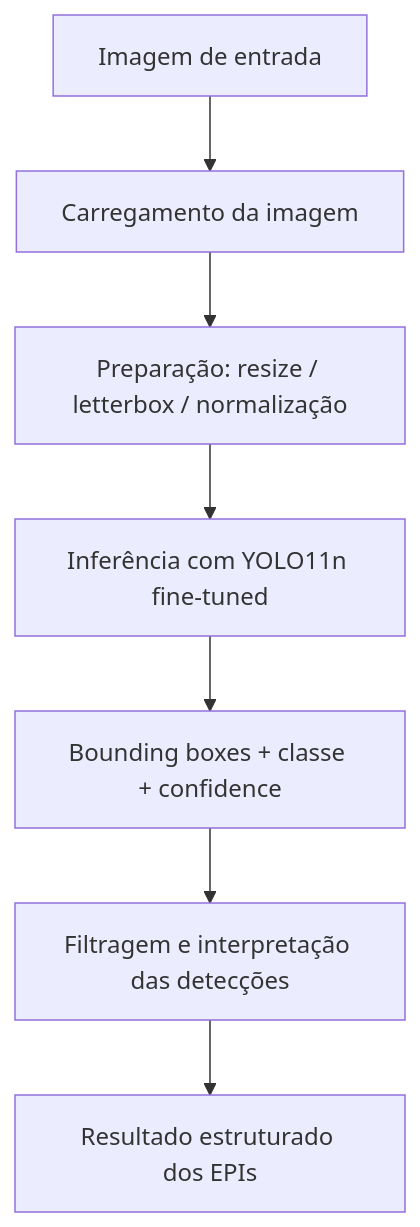
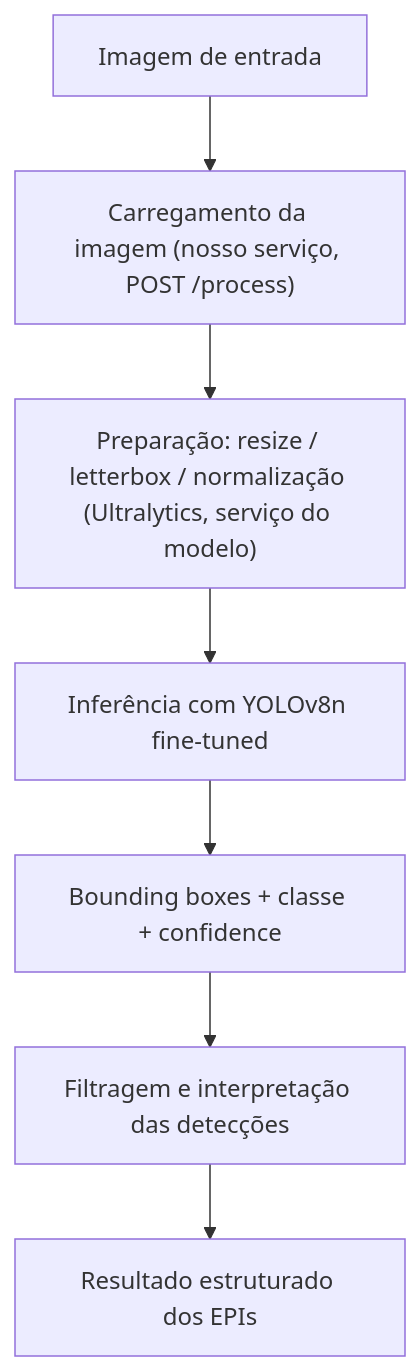
The first of 2 diagrams in README.md (Projeto-Semestre-6/epi-computer-vision-genai), drawn with Mermaid before and after one commit. The commit also changed other lines of this file and 22 other files, not shown here.

````diff
--- a/README.md
+++ b/README.md
@@ -126,9 +126,9 @@
 ```mermaid
 flowchart TD
-    A[Imagem de entrada] --> B[Carregamento da imagem]
-    B --> C[Preparação: resize / letterbox / normalização]
-    C --> D[Inferência com YOLO11n fine-tuned]
+    A[Imagem de entrada] --> B["Carregamento da imagem (nosso serviço, POST /process)"]
+    B --> C["Preparação: resize / letterbox / normalização (Ultralytics, serviço do modelo)"]
+    C --> D[Inferência com YOLOv8n fine-tuned]
     D --> E[Bounding boxes + classe + confidence]
     E --> F[Filtragem e interpretação das detecções]
     F --> G[Resultado estruturado dos EPIs]
 ```
````
